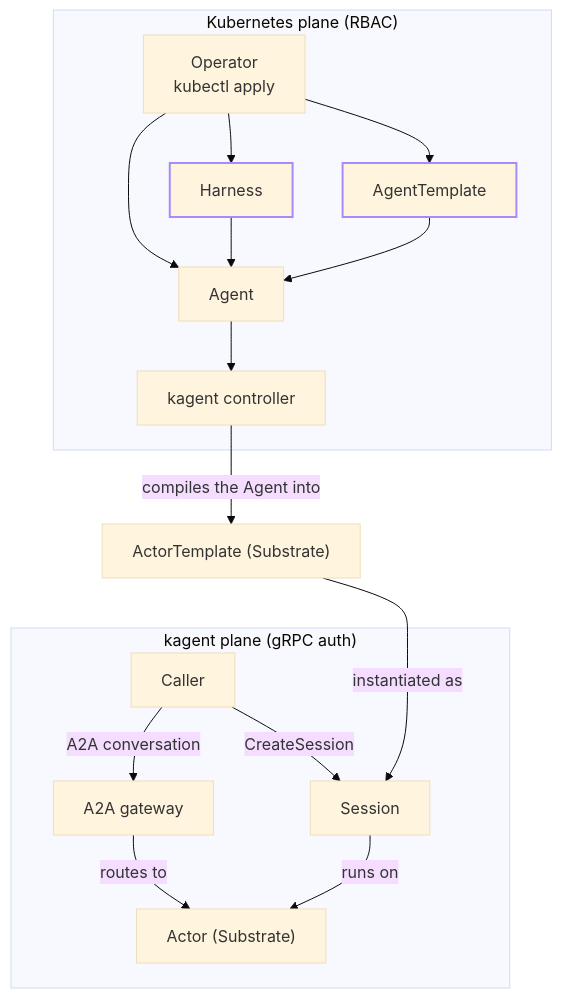
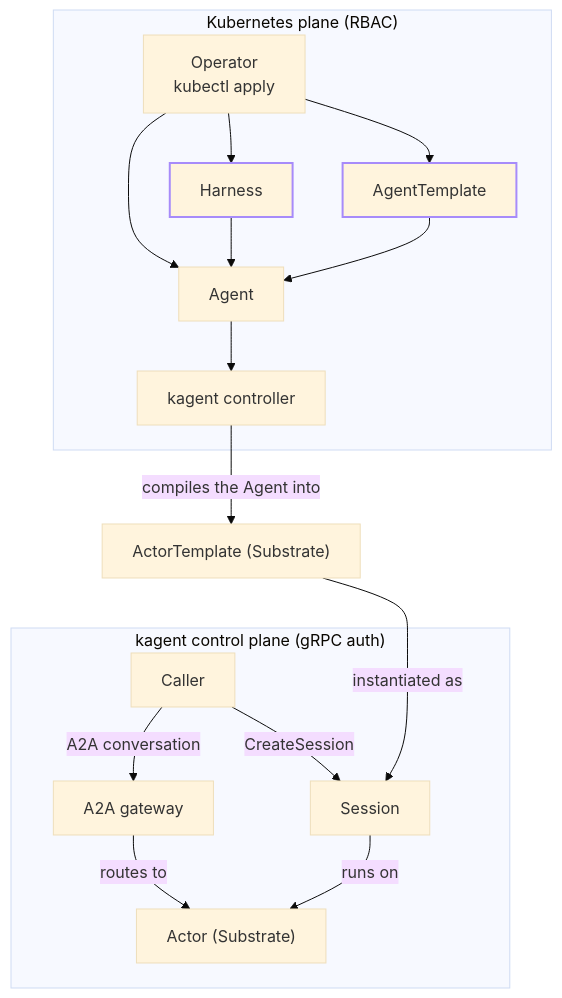
One commit to kagent-dev/website changed the diagram in docs-site/content/kagent/1.x/about/architecture/kagent.md. Above: the diagram before and after it, drawn with Mermaid (base theme). The commit also changed other lines of this file and 7 other files, not shown here.

````diff
--- a/docs-site/content/kagent/1.x/about/architecture/kagent.md
+++ b/docs-site/content/kagent/1.x/about/architecture/kagent.md
@@ -22,46 +22,46 @@
 ```mermaid
 flowchart TB
 
     subgraph k8s["Kubernetes plane (RBAC)"]
         operator["Operator<br>kubectl apply"]
         harness["Harness"]
         template["AgentTemplate"]
         agent["Agent"]
         controller["kagent controller"]
         operator --> harness
         operator --> template
         operator --> agent
         harness --> agent
         template --> agent
         agent --> controller
     end
 
     %% Declared outside both subgraphs on purpose. An ActorTemplate is a Substrate
     %% resource reached over gRPC, not a Kubernetes object, so it belongs to
     %% neither plane. A node joins whichever subgraph first references it, so both
     %% of its edges have to live out here too.
     actortemplate["ActorTemplate (Substrate)"]
     controller -->|compiles the Agent into| actortemplate
 
-    subgraph kagentplane["kagent plane (gRPC auth)"]
+    subgraph kagentplane["kagent control plane (gRPC auth)"]
         caller["Caller"]
         gateway["A2A gateway"]
         session["Session"]
         actor["Actor (Substrate)"]
         caller -->|A2A conversation| gateway
         caller -->|CreateSession| session
         gateway -->|routes to| actor
         session -->|runs on| actor
     end
 
     actortemplate -->|instantiated as| session
-    %% Invisible link: forces the kagent plane to sit fully below the ActorTemplate,
+    %% Invisible link: forces the kagent control plane to sit fully below the ActorTemplate,
     %% and the ActorTemplate below the Kubernetes plane. Without it the layout engine
     %% staggers the two planes diagonally, which both wastes width and scrambles the
     %% reading order. Anchor it to actortemplate, not controller: anchoring higher
     %% loses the stacking. Verified by rendering.
     actortemplate ~~~ caller
 
     classDef crd stroke:#a78bfa,stroke-width:2px
     class harness,template crd
 ```
````
